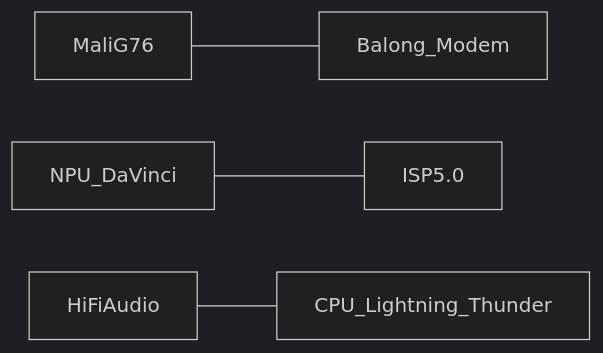
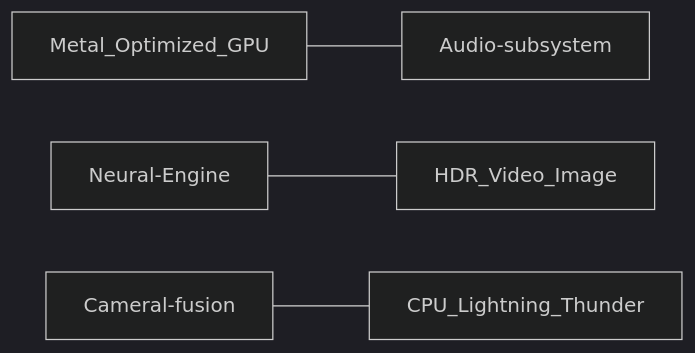
The third of 3 diagrams in survey/introduction of cell  phone soc.md (xingjinglu/WorkTips), drawn with Mermaid (dark theme) before and after one commit. The commit also changed other lines of this file, not shown here.

````diff
--- a/survey/introduction of cell  phone soc.md
+++ b/survey/introduction of cell  phone soc.md
@@ -58,9 +58,9 @@
     ```mermaid
     graph LR
     
-    MaliG76---Balong_Modem
-    NPU_DaVinci---ISP5.0 
-    HiFiAudio---CPU_Lightning_Thunder
+    Metal_Optimized_GPU---Audio-subsystem
+    Neural-Engine---HDR_Video_Image
+    Cameral-fusion---CPU_Lightning_Thunder
     
     
     ```
````
